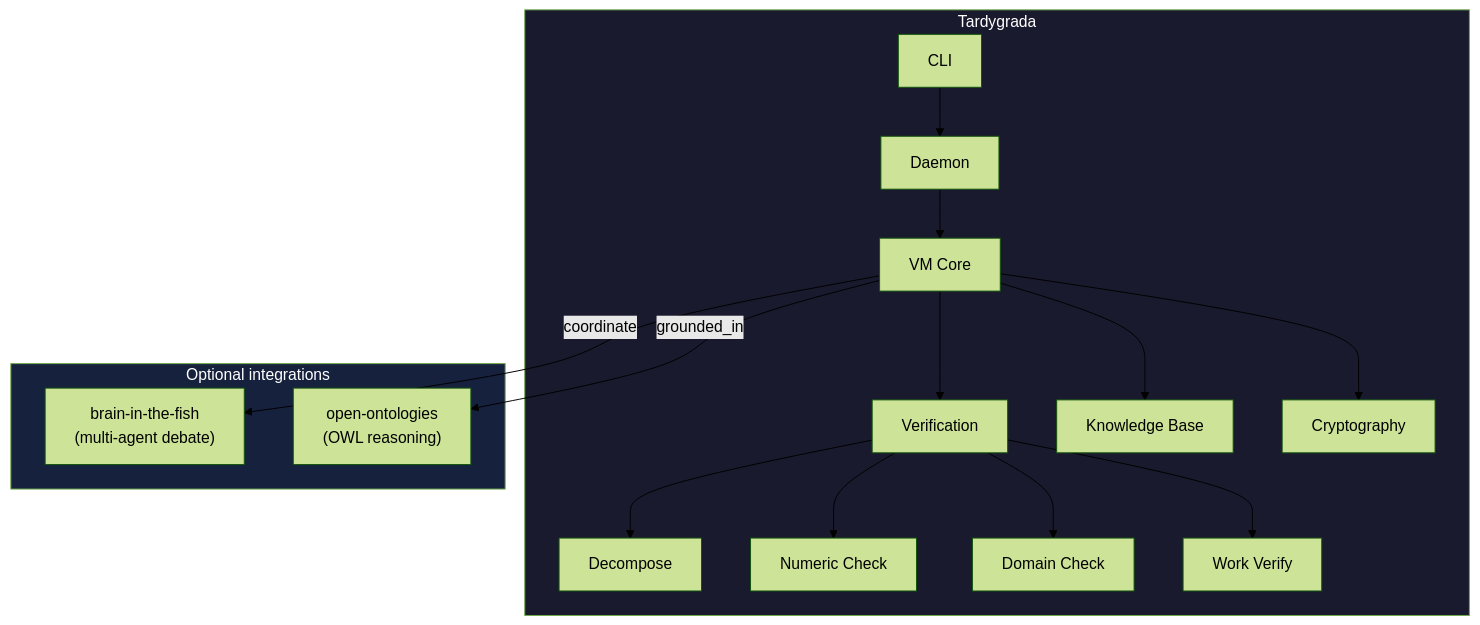
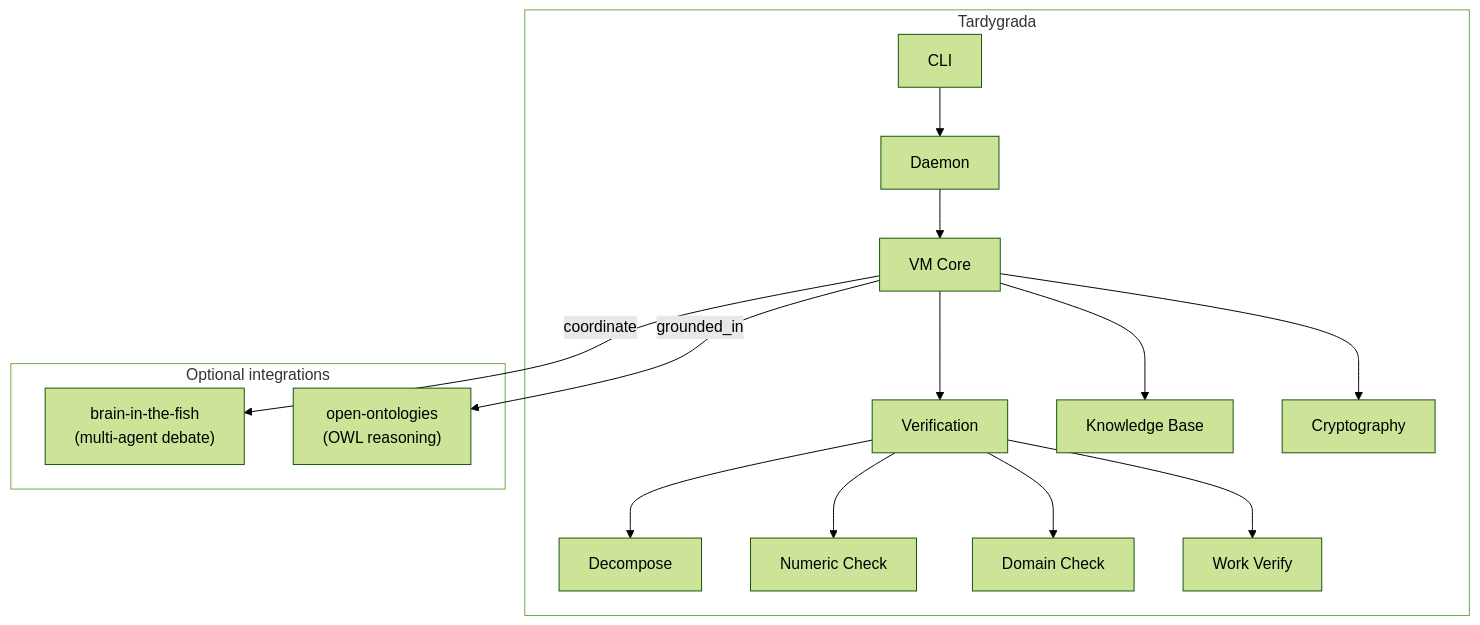
The fourth of 4 diagrams in README.md (fabio-rovai/tardygrada), drawn with Mermaid (forest theme) before and after one commit. The commit also changed other lines of this file, not shown here.

Commit message:
docs: transparent backgrounds on mermaid diagrams

````diff
--- a/README.md
+++ b/README.md
@@ -222,25 +222,25 @@
 ```mermaid
 graph TB
     subgraph Tardygrada["Tardygrada"]
         CLI_CMD["CLI"] --> DAEMON_S["Daemon"]
         DAEMON_S --> VM["VM Core"]
         VM --> VERIFY_S["Verification"]
         VM --> ONTO["Knowledge Base"]
         VM --> CRYPTO_S["Cryptography"]
         VERIFY_S --> DECOMP_S["Decompose"]
         VERIFY_S --> NUMERIC_S["Numeric Check"]
         VERIFY_S --> DOMAIN_S["Domain Check"]
         VERIFY_S --> WORK_S["Work Verify"]
     end
 
     subgraph External["Optional integrations"]
         BITF["brain-in-the-fish<br>(multi-agent debate)"]
         OO["open-ontologies<br>(OWL reasoning)"]
     end
 
     VM -- "coordinate" --> BITF
     VM -- "grounded_in" --> OO
 
-    style Tardygrada fill:#1a1a2e,color:#fff
-    style External fill:#16213e,color:#fff
+    style Tardygrada fill:transparent
+    style External fill:transparent
 ```
````
